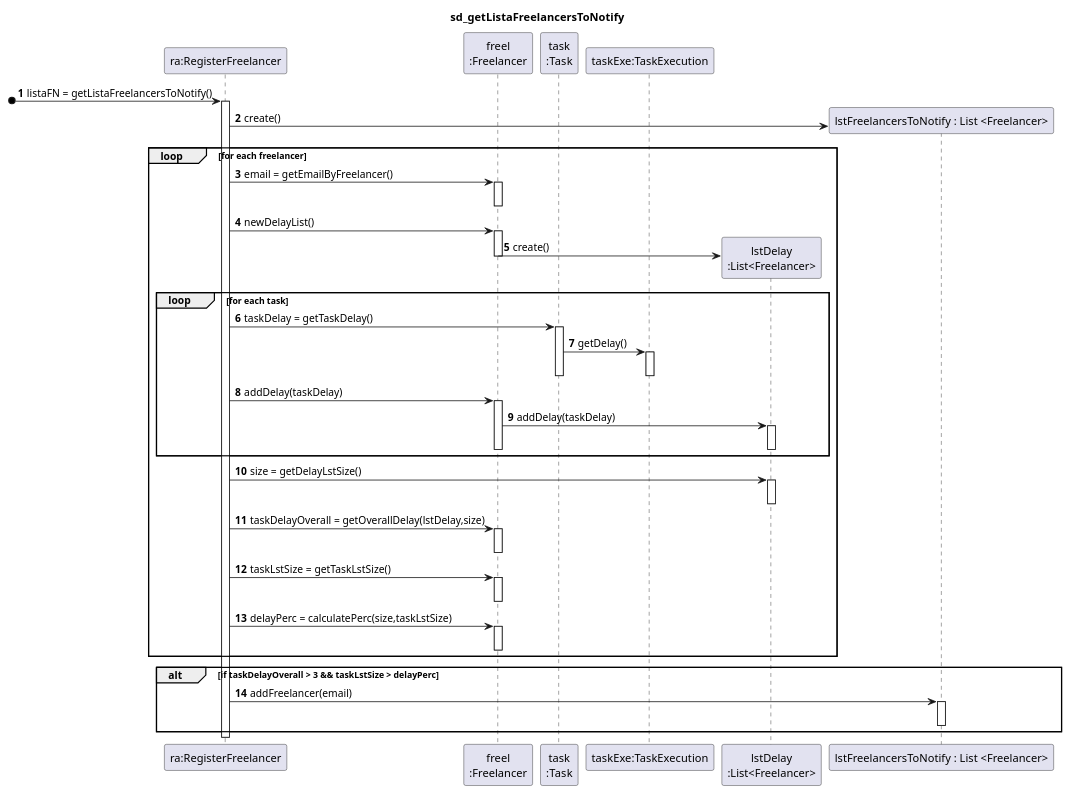
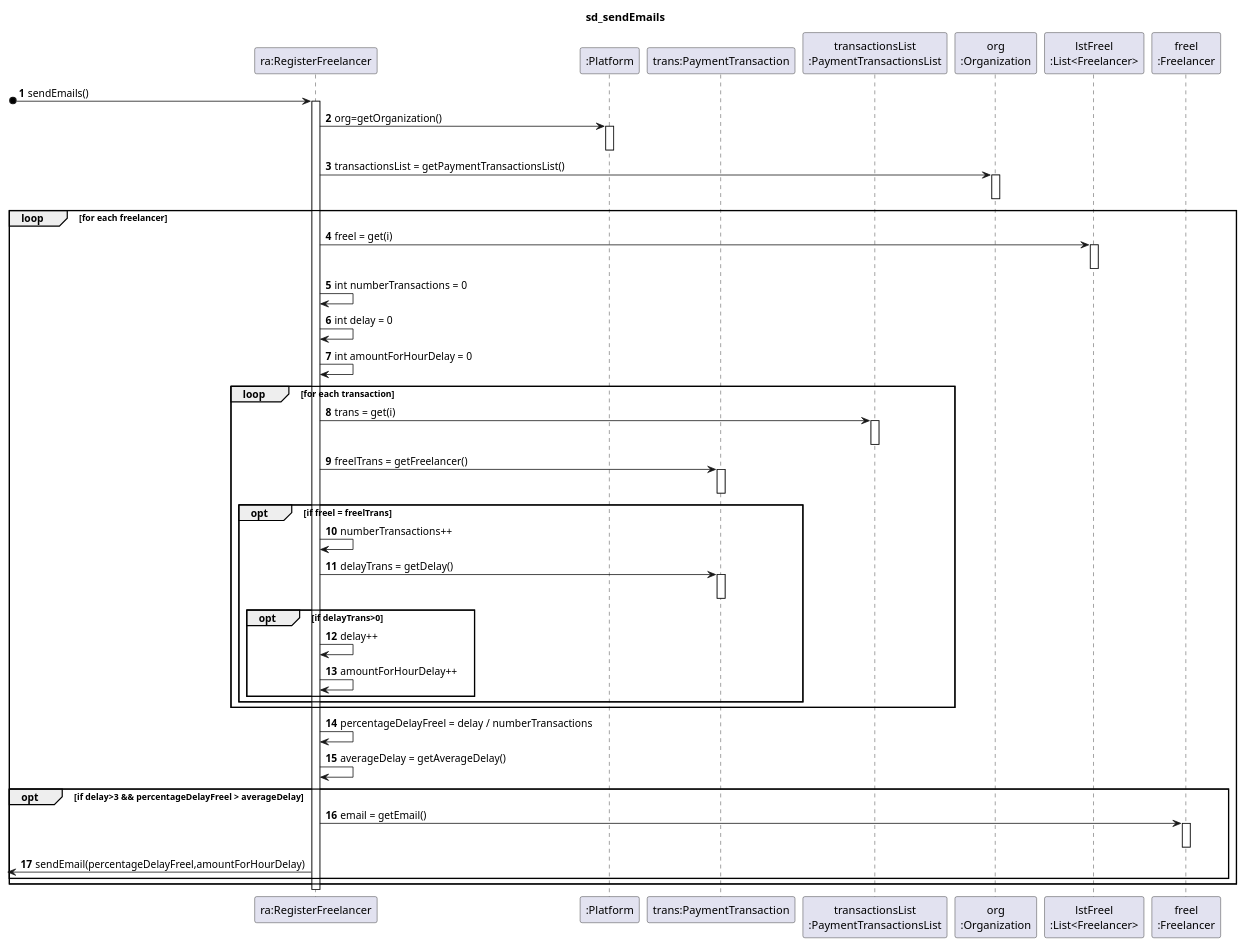
One commit to pedrolemos4/LAPR2 changed the diagram in docs/UC10 - Notify delayed freelancers (automatically)/UC10_SD2.puml. Above: the diagram before and after it, drawn with PlantUML. The commit also changed 6 other files, not shown here.

```diff
--- a/docs/UC10 - Notify delayed freelancers (automatically)/UC10_SD2.puml
+++ b/docs/UC10 - Notify delayed freelancers (automatically)/UC10_SD2.puml
@@ -1,72 +1,77 @@
 @startuml
 autonumber
 
-title sd_getListaFreelancersToNotify
+title sd_sendEmails
 participant "ra:RegisterFreelancer" as RA
+participant ":Platform" as PLAT
+participant "trans:PaymentTransaction" as PT
+participant "transactionsList\n:PaymentTransactionsList" as LPT
+participant "org\n:Organization" as ORG
+participant "lstFreel\n:List<Freelancer>" as LF
 participant "freel\n:Freelancer" as FREEL
-participant "task\n:Task" as TASK
-participant "taskExe:TaskExecution" as TE
-participant "lstDelay\n:List<Freelancer>" as LDL
-participant "lstFreelancersToNotify : List <Freelancer>" as LFRE
-[o-> RA : listaFN = getListaFreelancersToNotify()
+
+[o-> RA : sendEmails()
 activate RA
-RA-> LFRE** : create()
+  
+RA -> PLAT : org=getOrganization()
+activate PLAT
+deactivate PLAT
+
+RA -> ORG : transactionsList = getPaymentTransactionsList()
+activate ORG
+deactivate ORG
+  
 LOOP for each freelancer
   
-RA -> FREEL : email = getEmailByFreelancer()
+RA -> LF : freel = get(i)
+activate LF
+deactivate LF
+  
+RA -> RA : int numberTransactions = 0
+RA -> RA : int delay = 0
+RA -> RA : int amountForHourDelay = 0
+  
+LOOP for each transaction
+  
+RA -> LPT : trans = get(i)
+activate LPT
+deactivate LPT
+  
+RA -> PT : freelTrans = getFreelancer()
+activate PT
+deactivate PT
+  
+OPT if freel = freelTrans
+  
+RA -> RA : numberTransactions++
+  
+RA -> PT : delayTrans = getDelay()
+activate PT
+deactivate PT
+  
+OPT if delayTrans>0
+  
+RA -> RA : delay++
+RA -> RA : amountForHourDelay++
+  
+end OPT
+end OPT  
+end LOOP
+  
+RA -> RA : percentageDelayFreel = delay / numberTransactions
+RA -> RA : averageDelay = getAverageDelay()
+  
+OPT if delay>3 && percentageDelayFreel > averageDelay
+  
+RA -> FREEL : email = getEmail()
 activate FREEL
 deactivate FREEL
   
-RA -> FREEL : newDelayList()
-activate FREEL
-FREEL -> LDL** : create()
-deactivate FREEL
+[<- RA : sendEmail(percentageDelayFreel,amountForHourDelay)
   
-LOOP for each task
-
-RA -> TASK : taskDelay = getTaskDelay()
-activate TASK
-  
-TASK -> TE : getDelay()
-activate TE
-  
-deactivate TE
-deactivate TASK
-  
-RA -> FREEL : addDelay(taskDelay)
-activate FREEL
-FREEL -> LDL: addDelay(taskDelay)
-activate LDL
-deactivate LDL
-deactivate FREEL
-    
+end OPT  
 end LOOP
-  
-RA -> LDL : size = getDelayLstSize()
-activate LDL
-deactivate LDL
-
-RA -> FREEL : taskDelayOverall = getOverallDelay(lstDelay,size)
-activate FREEL
-deactivate FREEL
-  
-RA -> FREEL : taskLstSize = getTaskLstSize()
-activate FREEL
-deactivate FREEL
-
-RA -> FREEL : delayPerc = calculatePerc(size,taskLstSize)
-activate FREEL
-deactivate FREEL
-  
-end LOOP
-  
-ALT if taskDelayOverall > 3 && taskLstSize > delayPerc
-  
-RA -> LFRE : addFreelancer(email)
-activate LFRE
-deactivate LFRE
-end ALT
 deactivate RA
   
   
 @enduml
```
